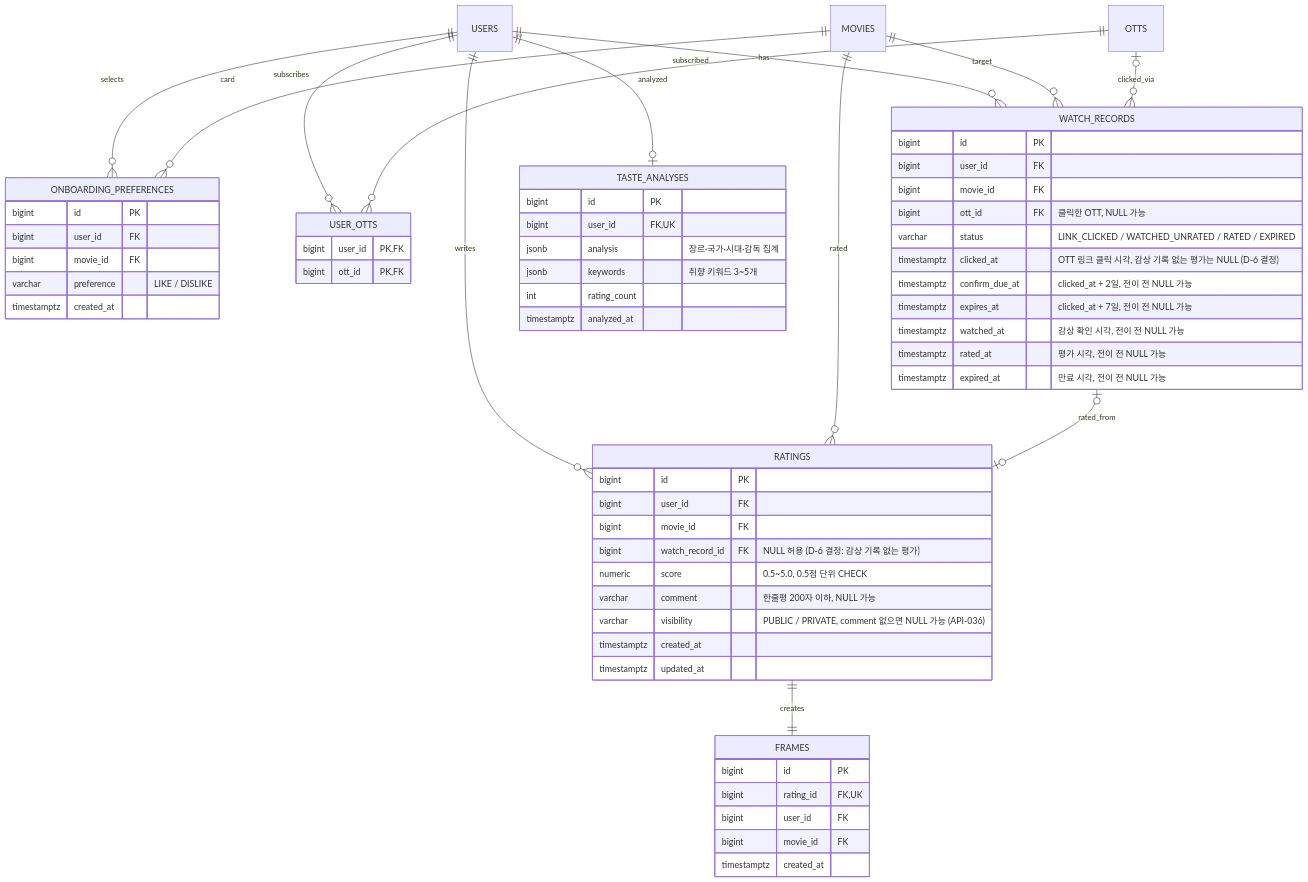
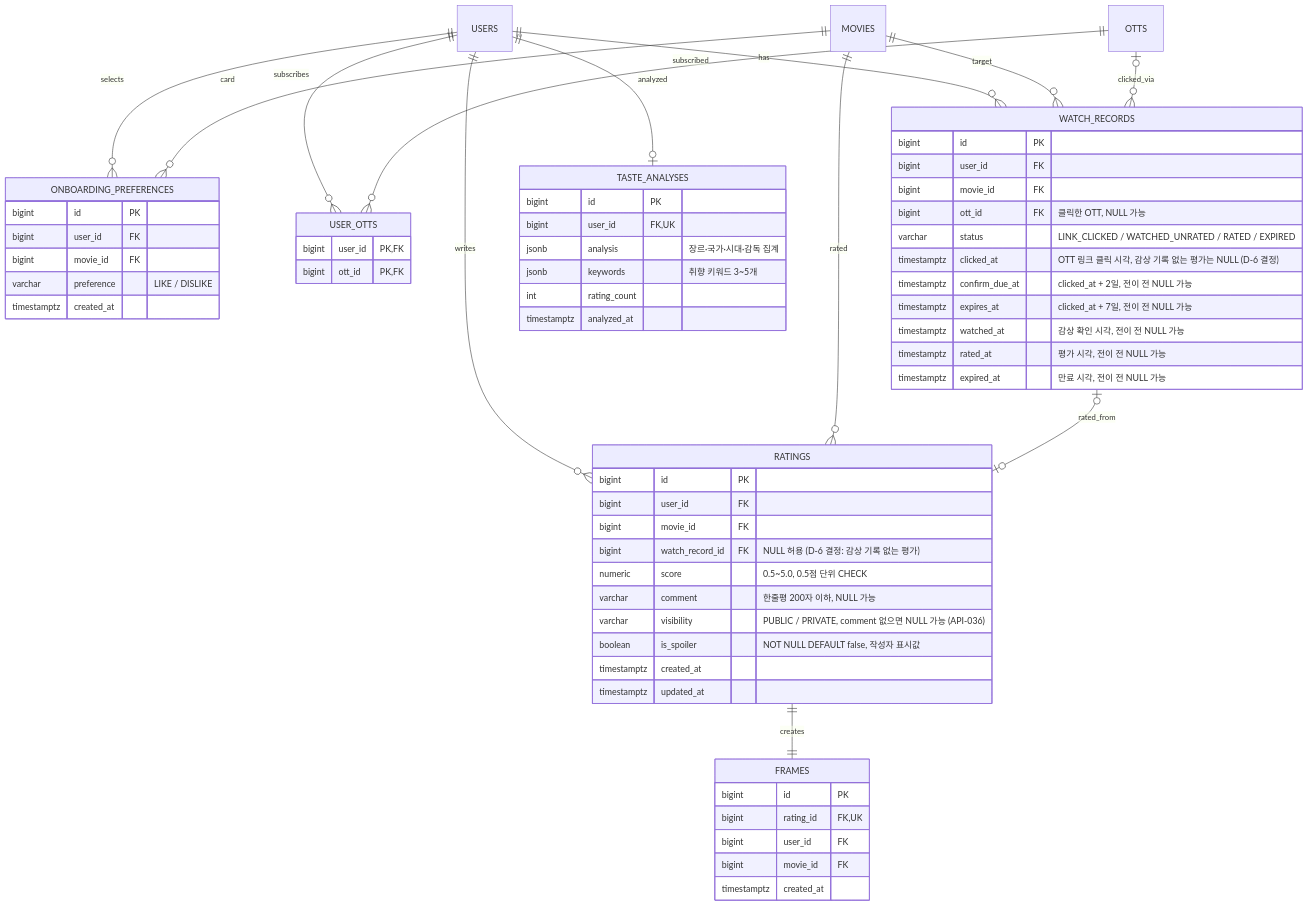
One commit to koongya-studio/feelm changed the fourth of 8 diagrams in docs/erd.md. Above: the diagram before and after it, drawn with Mermaid. The commit also changed other lines of this file and 22 other files, not shown here.

````diff
--- a/docs/erd.md
+++ b/docs/erd.md
@@ -219,66 +219,67 @@
 ```mermaid
 erDiagram
     ONBOARDING_PREFERENCES {
         bigint id PK
         bigint user_id FK
         bigint movie_id FK
         varchar preference "LIKE / DISLIKE"
         timestamptz created_at
     }
     USER_OTTS {
         bigint user_id PK, FK
         bigint ott_id PK, FK
     }
     WATCH_RECORDS {
         bigint id PK
         bigint user_id FK
         bigint movie_id FK
         bigint ott_id FK "클릭한 OTT, NULL 가능"
         varchar status "LINK_CLICKED / WATCHED_UNRATED / RATED / EXPIRED"
         timestamptz clicked_at "OTT 링크 클릭 시각, 감상 기록 없는 평가는 NULL (D-6 결정)"
         timestamptz confirm_due_at "clicked_at + 2일, 전이 전 NULL 가능"
         timestamptz expires_at "clicked_at + 7일, 전이 전 NULL 가능"
         timestamptz watched_at "감상 확인 시각, 전이 전 NULL 가능"
         timestamptz rated_at "평가 시각, 전이 전 NULL 가능"
         timestamptz expired_at "만료 시각, 전이 전 NULL 가능"
     }
     RATINGS {
         bigint id PK
         bigint user_id FK
         bigint movie_id FK
         bigint watch_record_id FK "NULL 허용 (D-6 결정: 감상 기록 없는 평가)"
         numeric score "0.5~5.0, 0.5점 단위 CHECK"
         varchar comment "한줄평 200자 이하, NULL 가능"
         varchar visibility "PUBLIC / PRIVATE, comment 없으면 NULL 가능 (API-036)"
+        boolean is_spoiler "NOT NULL DEFAULT false, 작성자 표시값"
         timestamptz created_at
         timestamptz updated_at
     }
     FRAMES {
         bigint id PK
         bigint rating_id FK, UK
         bigint user_id FK
         bigint movie_id FK
         timestamptz created_at
     }
     TASTE_ANALYSES {
         bigint id PK
         bigint user_id FK, UK
         jsonb analysis "장르·국가·시대·감독 집계"
         jsonb keywords "취향 키워드 3~5개"
         int rating_count
         timestamptz analyzed_at
     }
 
     USERS ||--o{ ONBOARDING_PREFERENCES : selects
     MOVIES ||--o{ ONBOARDING_PREFERENCES : card
     USERS ||--o{ USER_OTTS : subscribes
     OTTS ||--o{ USER_OTTS : subscribed
     USERS ||--o{ WATCH_RECORDS : has
     MOVIES ||--o{ WATCH_RECORDS : target
     OTTS o|--o{ WATCH_RECORDS : clicked_via
     USERS ||--o{ RATINGS : writes
     MOVIES ||--o{ RATINGS : rated
     WATCH_RECORDS o|--o| RATINGS : rated_from
     RATINGS ||--|| FRAMES : creates
     USERS ||--o| TASTE_ANALYSES : analyzed
 ```
````
